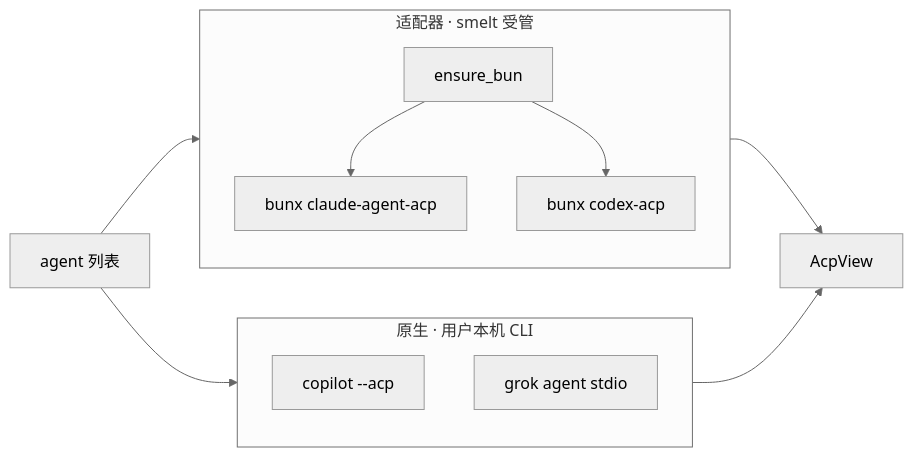
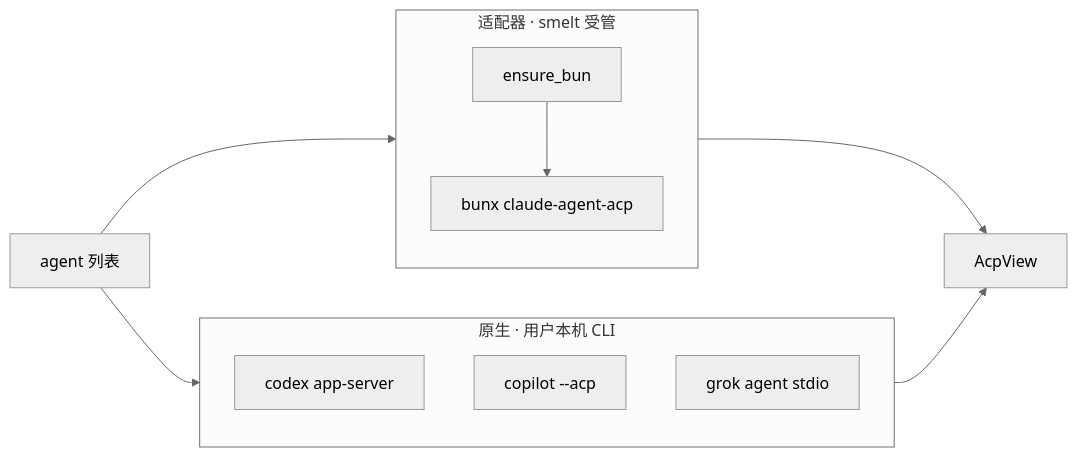
Before and after one commit to smelt-ai/smelt: the second of 8 diagrams in docs/product-roadmap.md, drawn with Mermaid (neutral theme). The commit also changed other lines of this file and 23 other files, not shown here.

````diff
--- a/docs/product-roadmap.md
+++ b/docs/product-roadmap.md
@@ -70,18 +72,17 @@
 ```mermaid
 flowchart LR
   subgraph managed["适配器 · smelt 受管"]
     Bun["ensure_bun"]
     CL["bunx claude-agent-acp"]
-    CD["bunx codex-acp"]
     Bun --> CL
-    Bun --> CD
   end
   subgraph native["原生 · 用户本机 CLI"]
+    CD["codex app-server"]
     CP["copilot --acp"]
     GK["grok agent stdio"]
   end
   List["agent 列表"] --> managed
   List --> native
   managed --> V["AcpView"]
   native --> V
 ```
````
